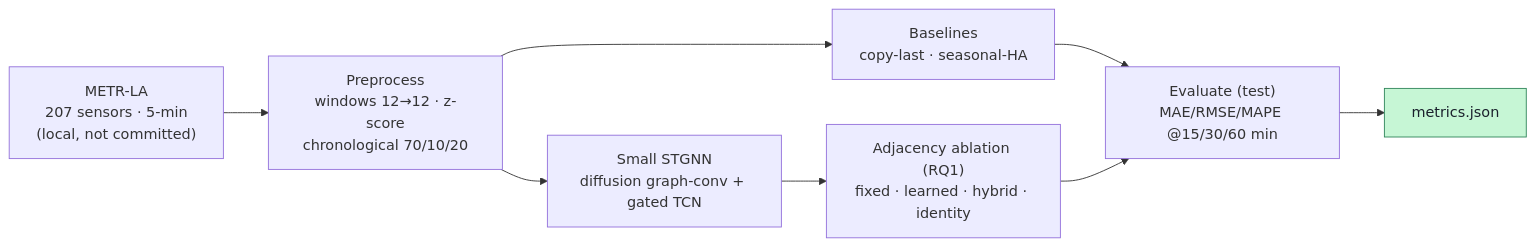
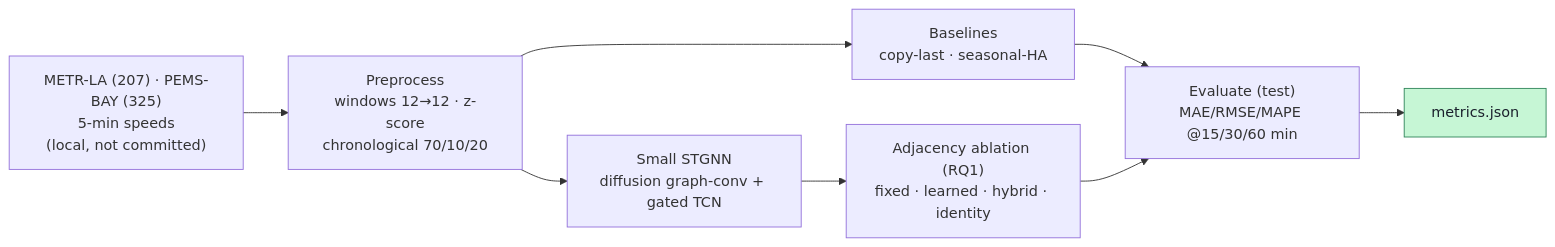
One commit to urbsn4i-sw/urban-traffic-forecasting changed the diagram in README.md. Above: the diagram before and after it, drawn with Mermaid. The commit also changed other lines of this file and 5 other files, not shown here.

First line of the commit message:
results: add PEMS-BAY (baselines + STGNN 4모드) — RQ1 두 도시에서 확인

````diff
--- a/README.md
+++ b/README.md
@@ -18,12 +19,12 @@
 ```mermaid
 flowchart LR
-  A["METR-LA<br/>207 sensors · 5-min<br/>(local, not committed)"] --> B["Preprocess<br/>windows 12→12 · z-score<br/>chronological 70/10/20"]
+  A["METR-LA (207) · PEMS-BAY (325)<br/>5-min speeds<br/>(local, not committed)"] --> B["Preprocess<br/>windows 12→12 · z-score<br/>chronological 70/10/20"]
   B --> C["Baselines<br/>copy-last · seasonal-HA"]
   B --> D["Small STGNN<br/>diffusion graph-conv + gated TCN"]
   D --> E["Adjacency ablation (RQ1)<br/>fixed · learned · hybrid · identity"]
   C --> F["Evaluate (test)<br/>MAE/RMSE/MAPE @15/30/60 min"]
   E --> F
   F --> G["metrics.json"]:::done
 
   classDef done fill:#c6f6d5,stroke:#2f855a,color:#1a202c;
 ```
````
